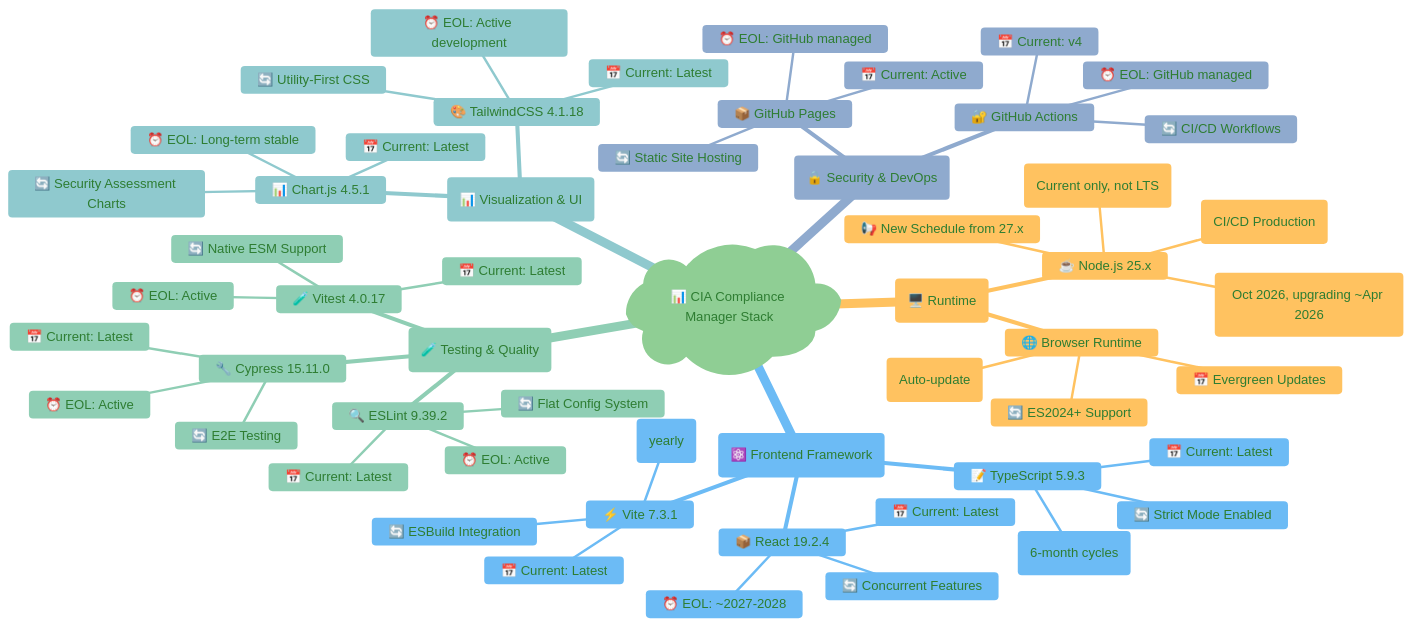
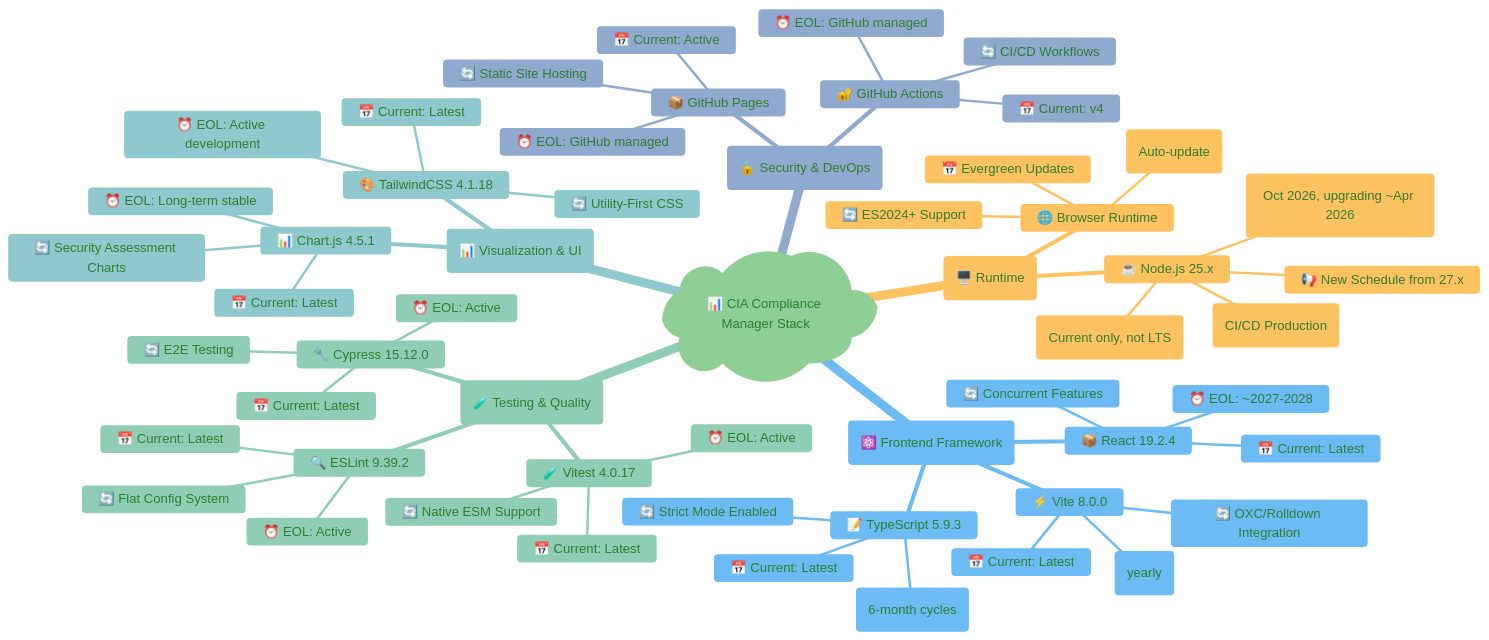
The first of 9 diagrams in docs/End-of-Life-Strategy.md (Hack23/cia-compliance-manager), drawn with Mermaid before and after one commit. The commit also changed other lines of this file and 1 other file, not shown here.

````diff
--- a/docs/End-of-Life-Strategy.md
+++ b/docs/End-of-Life-Strategy.md
@@ -51,70 +51,70 @@
 ```mermaid
 %%{
   init: {
     'theme': 'base',
     'themeVariables': {
       'primaryColor': '#e8f5e9',
       'primaryTextColor': '#2e7d32',
       'lineColor': '#4caf50',
       'secondaryColor': '#fff3e0',
       'tertiaryColor': '#e3f2fd'
     }
   }
 }%%
 mindmap
   root)📊 CIA Compliance Manager Stack(
     (🖥️ Runtime)
       ☕ Node.js 25.x
         📅 Current: 25.x (CI/CD Production)
         ⏰ Node 25 EOL: Apr 2026 (Current only, not LTS)
         🔄 Next LTS: Node 26 (Oct 2026, upgrading ~Apr 2026)
         📢 New Schedule from 27.x
       🌐 Browser Runtime
         📅 Evergreen Updates
         ⏰ EOL: N/A (Auto-update)
         🔄 ES2024+ Support
     (⚛️ Frontend Framework)
       📦 React 19.2.4
         📅 Current: Latest
         ⏰ EOL: ~2027-2028
         🔄 Concurrent Features
       📝 TypeScript 5.9.3
         📅 Current: Latest
         ⏰ EOL: Active (6-month cycles)
         🔄 Strict Mode Enabled
-      ⚡ Vite 7.3.1
+      ⚡ Vite 8.0.0
         📅 Current: Latest
         ⏰ EOL: Active (yearly)
-        🔄 ESBuild Integration
+        🔄 OXC/Rolldown Integration
     (🧪 Testing & Quality)
       🧪 Vitest 4.0.17
         📅 Current: Latest
         ⏰ EOL: Active
         🔄 Native ESM Support
-      🔧 Cypress 15.11.0
+      🔧 Cypress 15.12.0
         📅 Current: Latest
         ⏰ EOL: Active
         🔄 E2E Testing
       🔍 ESLint 9.39.2
         📅 Current: Latest
         ⏰ EOL: Active
         🔄 Flat Config System
     (📊 Visualization & UI)
       📊 Chart.js 4.5.1
         📅 Current: Latest
         ⏰ EOL: Long-term stable
         🔄 Security Assessment Charts
       🎨 TailwindCSS 4.1.18
         📅 Current: Latest
         ⏰ EOL: Active development
         🔄 Utility-First CSS
     (🔒 Security & DevOps)
       🔐 GitHub Actions
         📅 Current: v4
         ⏰ EOL: GitHub managed
         🔄 CI/CD Workflows
       📦 GitHub Pages
         📅 Current: Active
         ⏰ EOL: GitHub managed
         🔄 Static Site Hosting
 ```
````
